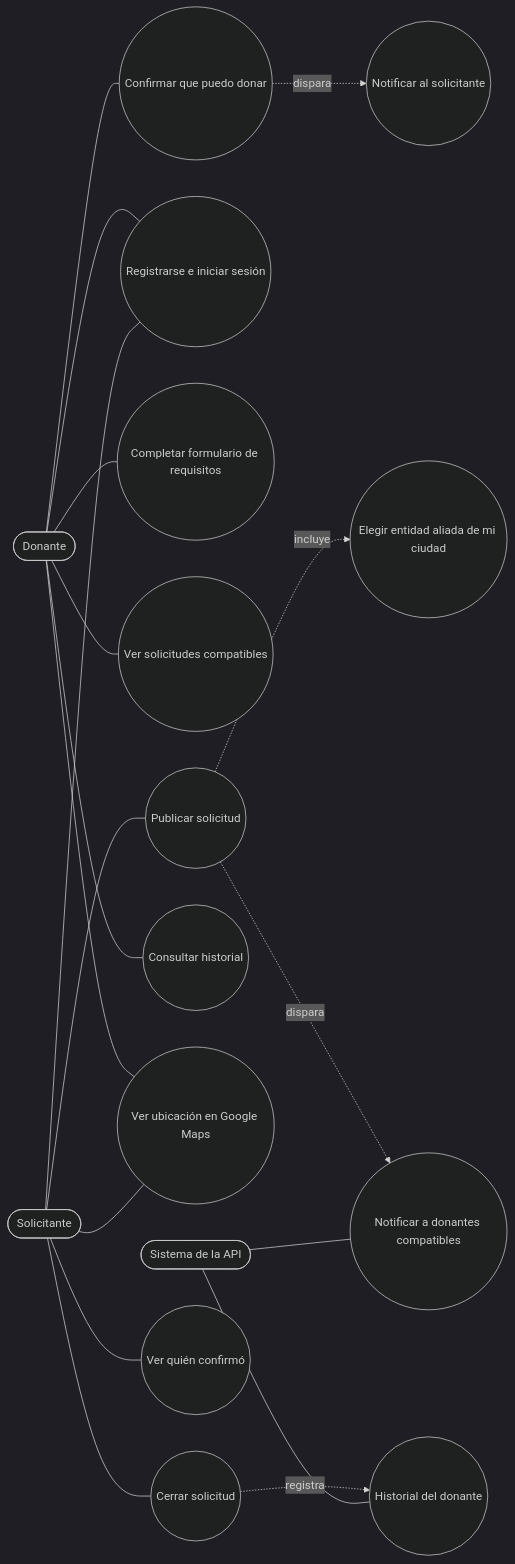
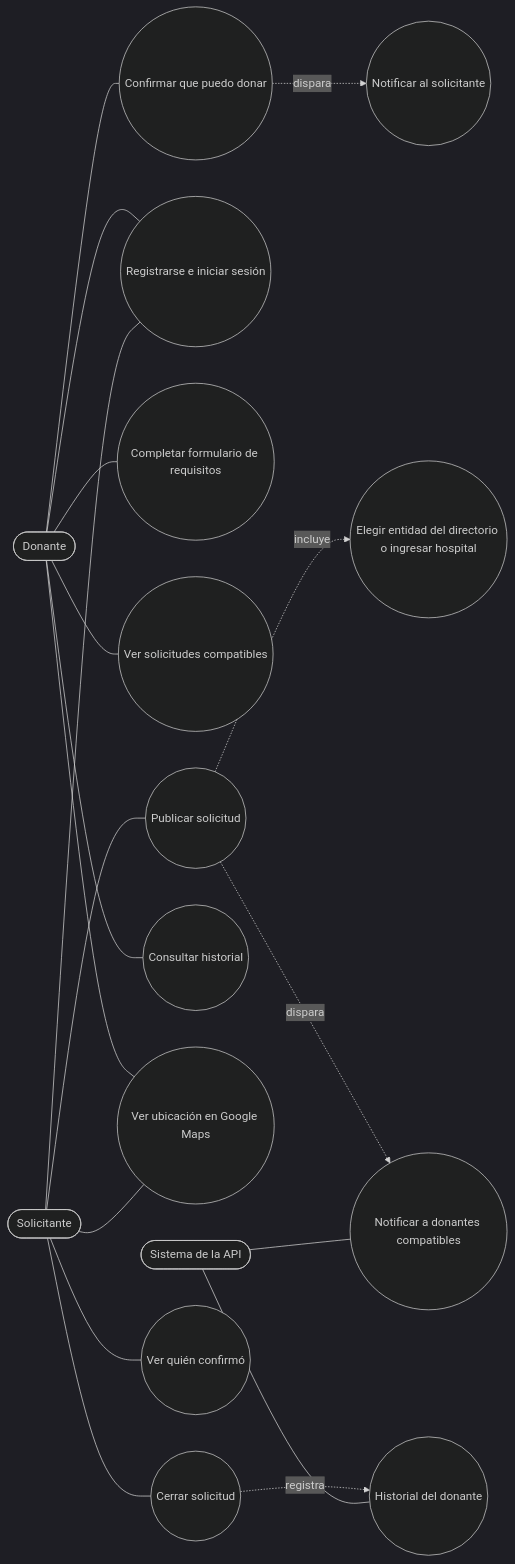
The first of 7 diagrams in docs/02-diagramas.md (paulinacardona028-netizen/vidaenred-app), drawn with Mermaid (dark theme) before and after one commit. The commit also changed other lines of this file, not shown here.

Commit message:
docs: actualizar diagramas y verificar correspondencia con el codigo

````diff
--- a/docs/02-diagramas.md
+++ b/docs/02-diagramas.md
@@ -7,26 +7,26 @@
 ```mermaid
 flowchart LR
   donante([Donante])
   solicitante([Solicitante])
   sistema([Sistema de la API])
 
   donante --- uc1((Registrarse e iniciar sesión))
   donante --- uc2((Completar formulario de requisitos))
   donante --- uc3((Ver solicitudes compatibles))
   donante --- uc4((Confirmar que puedo donar))
   donante --- uc5((Consultar historial))
   donante --- uc6((Ver ubicación en Google Maps))
 
   solicitante --- uc1
   solicitante --- uc7((Publicar solicitud))
   solicitante --- uc8((Ver quién confirmó))
   solicitante --- uc9((Cerrar solicitud))
   solicitante --- uc6
 
-  uc7 -. incluye .-> uc10((Elegir entidad aliada de mi ciudad))
+  uc7 -. incluye .-> uc10((Elegir entidad del directorio o ingresar hospital))
   uc4 -. dispara .-> uc11((Notificar al solicitante))
   uc7 -. dispara .-> uc12((Notificar a donantes compatibles))
   uc9 -. registra .-> uc13((Historial del donante))
   sistema --- uc12
   sistema --- uc13
 ```
````
